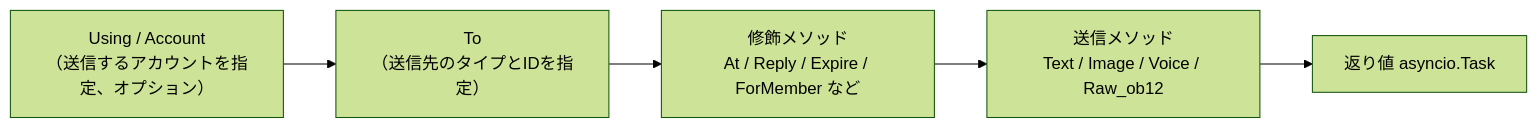
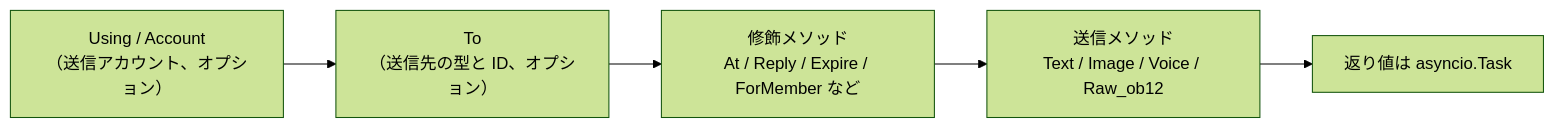
Before and after one commit to ErisPulse/ErisPulse: the first of 2 diagrams in docs/ja/developer-guide/adapters/send-dsl.md, drawn with Mermaid (forest theme). The commit also changed other lines of this file and 299 other files, not shown here.

````diff
--- a/docs/ja/developer-guide/adapters/send-dsl.md
+++ b/docs/ja/developer-guide/adapters/send-dsl.md
@@ -36,7 +33,7 @@
 ```mermaid
 flowchart LR
-    A["Using / Account<br/>（送信するアカウントを指定、オプション）"] --> B["To<br/>（送信先のタイプとIDを指定）"]
+    A["Using / Account<br/>（送信アカウント、オプション）"] --> B["To<br/>（送信先の型と ID、オプション）"]
     B --> C["修飾メソッド<br/>At / Reply / Expire / ForMember など"]
     C --> D["送信メソッド<br/>Text / Image / Voice / Raw_ob12"]
-    D --> E["返り値 asyncio.Task"]
+    D --> E["返り値は asyncio.Task"]
 ```
````
